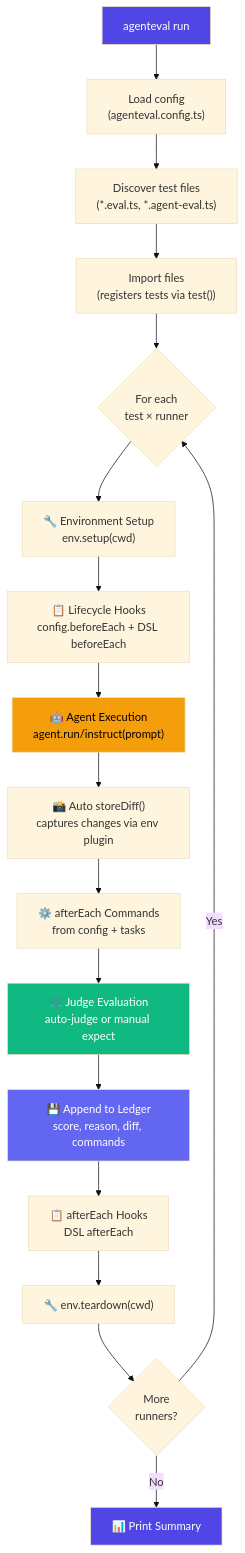
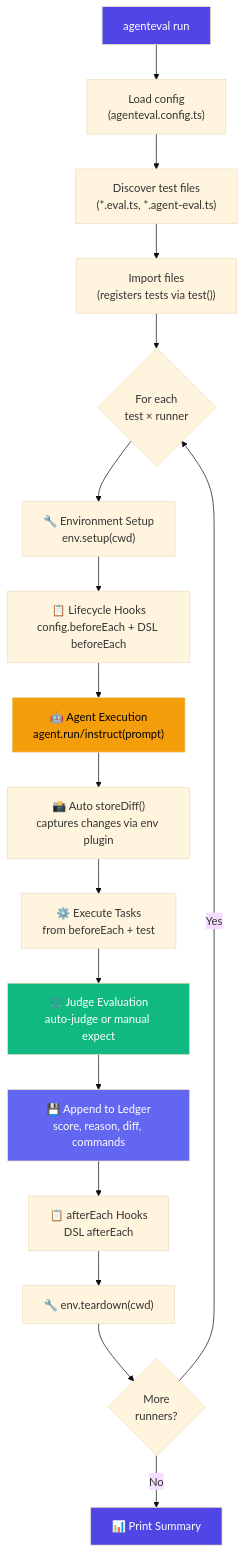
The second of 5 diagrams in apps/docs/guide/architecture.md (Tlahey/agent-eval), drawn with Mermaid (base theme) before and after one commit. The commit also changed other lines of this file and 23 other files, not shown here.

First line of the commit message:
refactor: remove deprecated config afterEach commands

````diff
--- a/apps/docs/guide/architecture.md
+++ b/apps/docs/guide/architecture.md
@@ -147,26 +147,26 @@
 ```mermaid
 flowchart TB
     A["agenteval run"] --> B["Load config<br/>(agenteval.config.ts)"]
     B --> C["Discover test files<br/>(*.eval.ts, *.agent-eval.ts)"]
     C --> D["Import files<br/>(registers tests via test())"]
     D --> E{"For each<br/>test × runner"}
 
     E --> F["🔧 Environment Setup<br/>env.setup(cwd)"]
     F --> F2["📋 Lifecycle Hooks<br/>config.beforeEach + DSL beforeEach"]
     F2 --> G["🤖 Agent Execution<br/>agent.run/instruct(prompt)"]
     G --> H["📸 Auto storeDiff()<br/>captures changes via env plugin"]
-    H --> I["⚙️ afterEach Commands<br/>from config + tasks"]
+    H --> I["⚙️ Execute Tasks<br/>from beforeEach + test"]
     I --> J["⚖️ Judge Evaluation<br/>auto-judge or manual expect"]
     J --> K["💾 Append to Ledger<br/>score, reason, diff, commands"]
     K --> K2["📋 afterEach Hooks<br/>DSL afterEach"]
     K2 --> K3["🔧 env.teardown(cwd)"]
     K3 --> L{"More<br/>runners?"}
     L -- Yes --> E
     L -- No --> M["📊 Print Summary"]
 
     style A fill:#4f46e5,color:#fff
     style G fill:#f59e0b,color:#000
     style J fill:#10b981,color:#fff
     style K fill:#6366f1,color:#fff
     style M fill:#4f46e5,color:#fff
 ```
````
